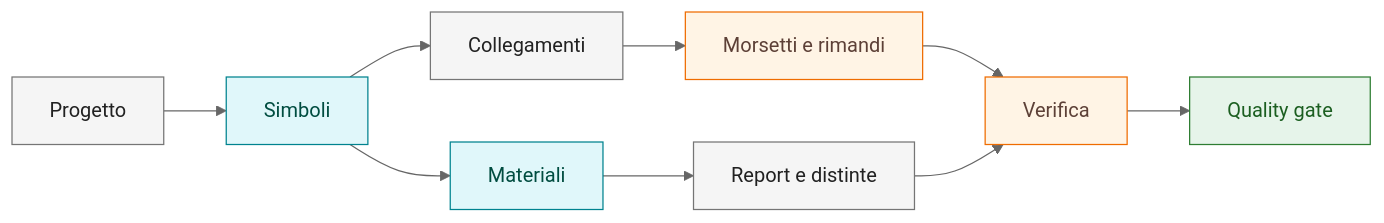
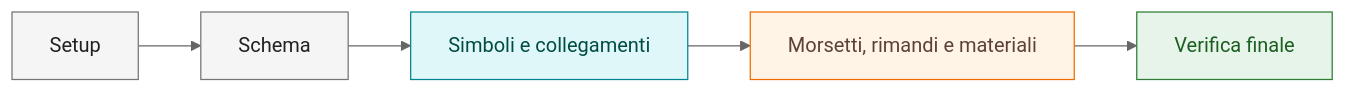
The diagram in docs/index.md (robertochello/spac-start-knowledge-base), drawn with Mermaid (neutral theme) before and after one commit. The commit also changed other lines of this file and 5 other files, not shown here.

````diff
--- a/docs/index.md
+++ b/docs/index.md
@@ -73,16 +67,12 @@
 ```mermaid
 flowchart LR
-    A[Progetto]:::process --> B[Simboli]:::data
-    B --> C[Collegamenti]:::process
-    C --> D[Morsetti e rimandi]:::warn
-    B --> E[Materiali]:::data
-    E --> F[Report e distinte]:::process
-    D --> G[Verifica]:::warn
-    F --> G
-    G --> H[Quality gate]:::ok
+    A[Setup]:::process --> B[Schema]:::process
+    B --> C[Simboli e collegamenti]:::data
+    C --> D[Morsetti, rimandi e materiali]:::warn
+    D --> E[Verifica finale]:::ok
 
     classDef ok fill:#e6f4ea,stroke:#2e7d32,color:#1b5e20;
     classDef warn fill:#fff4e5,stroke:#ef6c00,color:#5d4037;
     classDef data fill:#e0f7fa,stroke:#00838f,color:#004d40;
     classDef process fill:#f5f5f5,stroke:#757575,color:#212121;
 ```
````
